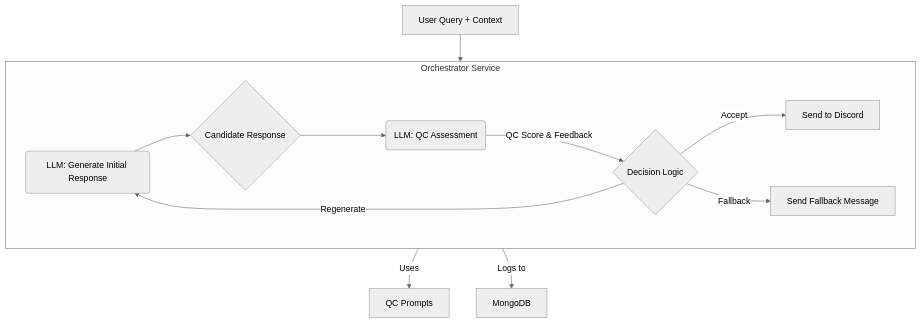
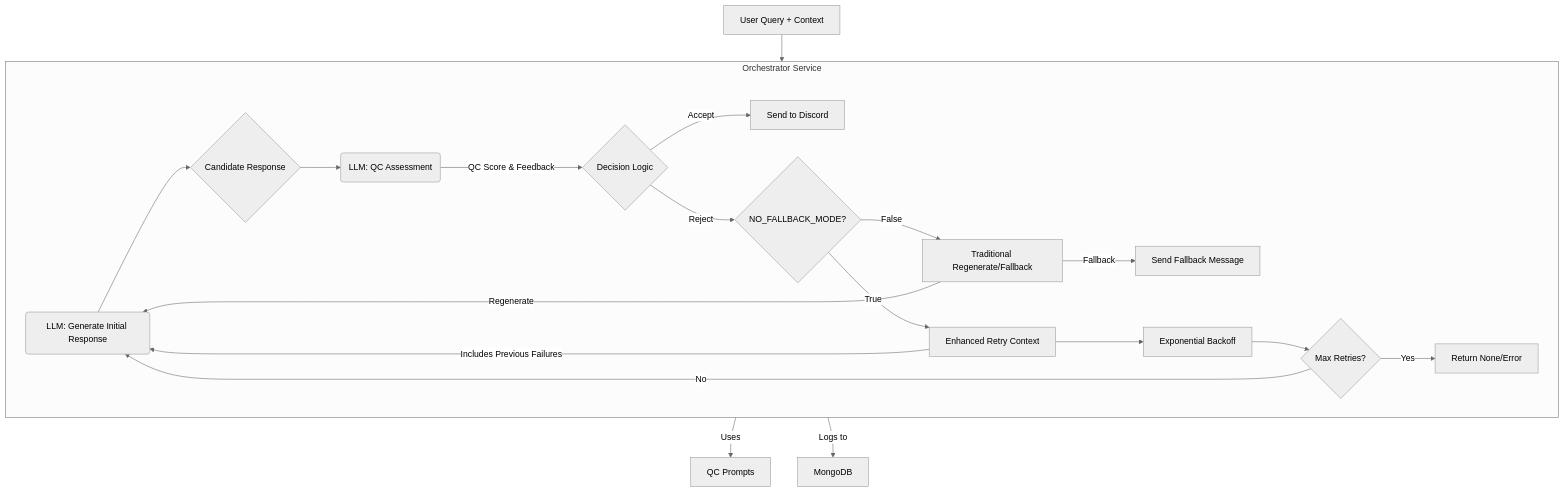
The diagram in docs/Quality_Control.md (DapeSec/Discord-PG-Bot), drawn with Mermaid (neutral theme) before and after one commit. The commit also changed other lines of this file and 34 other files, not shown here.

````diff
--- a/docs/Quality_Control.md
+++ b/docs/Quality_Control.md
@@ -40,17 +46,25 @@
 ```mermaid
 graph TD
     A[User Query + Context] --> B(LLM: Generate Initial Response)
     B --> C{Candidate Response}
     C --> D(LLM: QC Assessment)
     subgraph Orchestrator Service
         direction LR
         B
         C
         D -- QC Score & Feedback --> E{Decision Logic}
         E -- Accept --> F[Send to Discord]
-        E -- Regenerate --> B
-        E -- Fallback --> G[Send Fallback Message]
+        E -- Reject --> J{NO_FALLBACK_MODE?}
+        J -- False --> K[Traditional Regenerate/Fallback]
+        K -- Regenerate --> B
+        K -- Fallback --> G[Send Fallback Message]
+        J -- True --> L[Enhanced Retry Context]
+        L --> M[Exponential Backoff]
+        M --> N{Max Retries?}
+        N -- No --> B
+        N -- Yes --> O[Return None/Error]
     end
     D -- Uses --> H[QC Prompts]
     E -- Logs to --> I[MongoDB]
+    L -- Includes Previous Failures --> B
 ```
````
